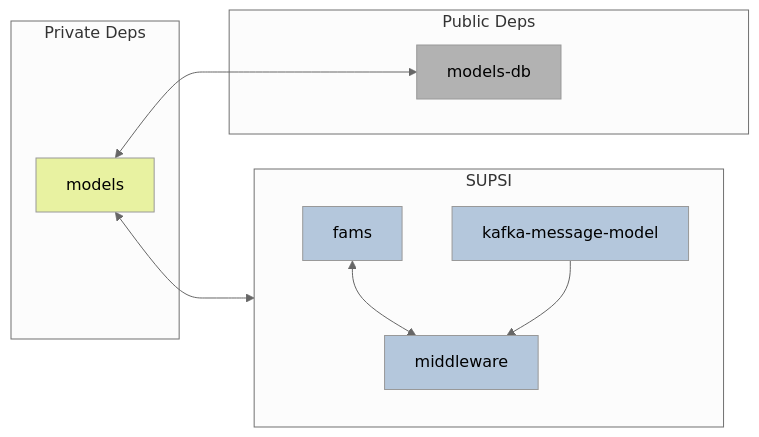
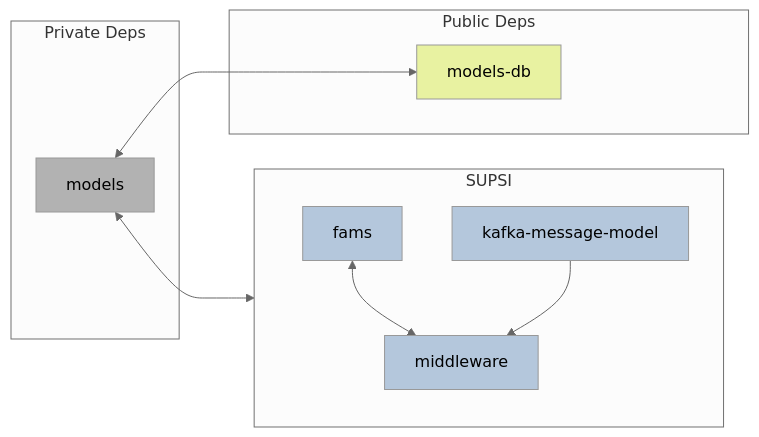
Before and after one commit to isteps-sps-lab/bf-fams: the diagram in docs/architecture.md, drawn with Mermaid (neutral theme). The commit also changed 2 other files, not shown here.

````diff
--- a/docs/architecture.md
+++ b/docs/architecture.md
@@ -8,21 +8,21 @@
 ``` mermaid
 flowchart LR
     classDef supsi fill:#B4C7DC,color:#000;
-    classDef pub fill:#B2B2B2,color:#000;
-    classDef pvt fill:#E8F2A1,color:#000;
+    classDef pvt fill:#B2B2B2,color:#000;
+    classDef pub fill:#E8F2A1,color:#000;
 
     subgraph SUPSI
     direction TB
     fams:::supsi <--> middleware:::supsi
     kafka-message-model:::supsi --> middleware:::supsi
     end
 
     subgraph Private Deps
     models:::pvt <--> fams:::supsi
     end
 
     subgraph Public Deps
     models:::pvt <--> models-db:::pub
     end
 
 ```
````
